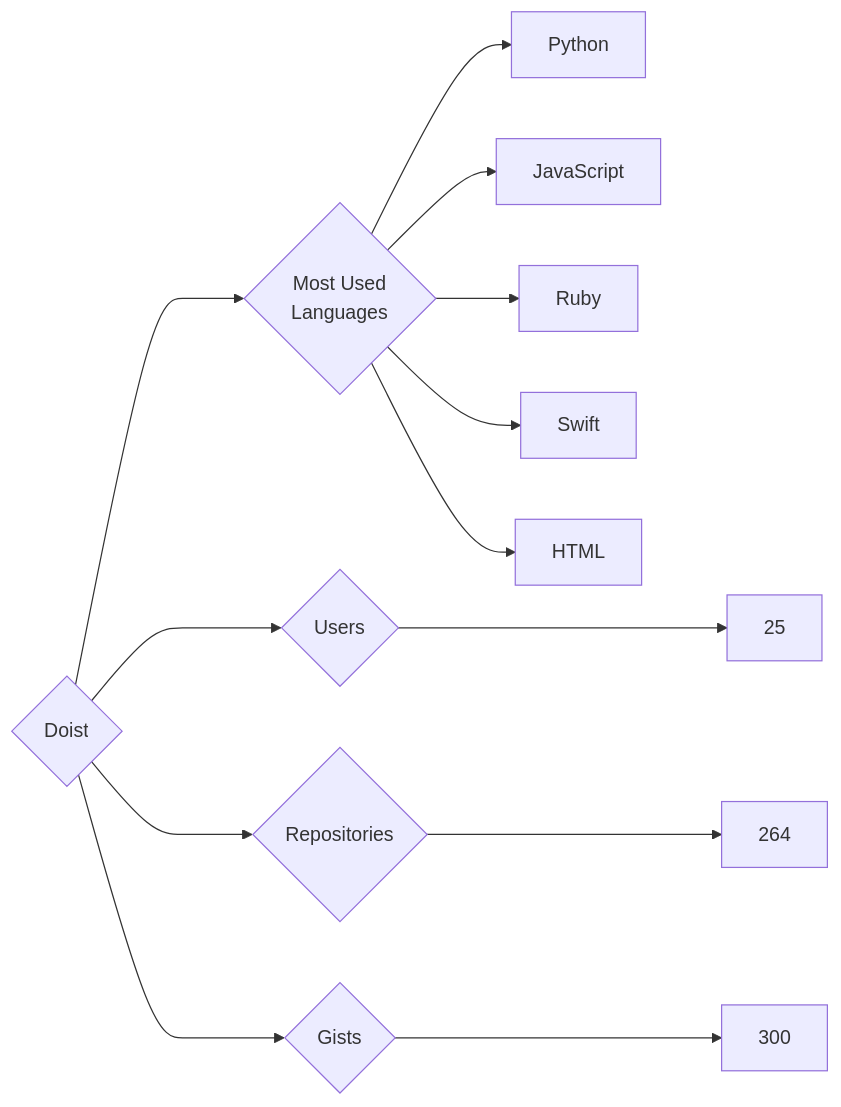
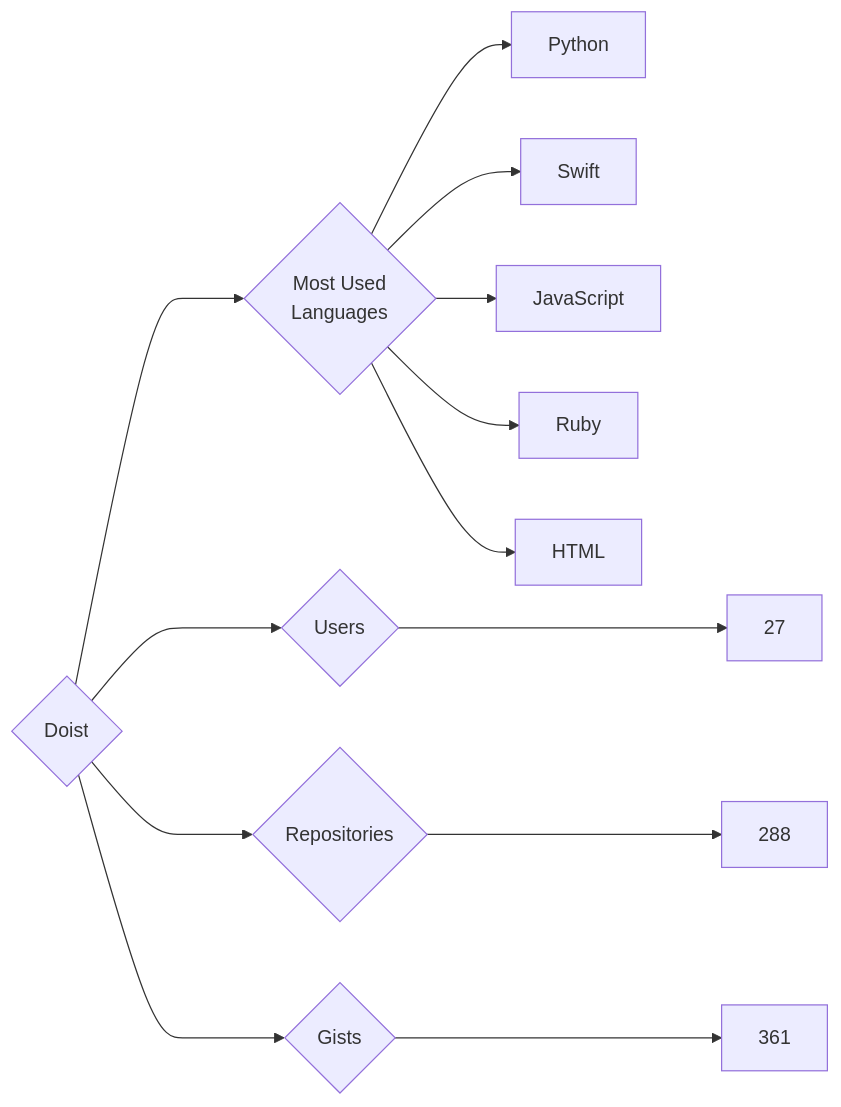
The diagram in targets/Doist/README.md (trickest/insiders), drawn with Mermaid before and after one commit. The commit also changed 676 other files, not shown here.

````diff
--- a/targets/Doist/README.md
+++ b/targets/Doist/README.md
@@ -3,13 +3,13 @@
 ```mermaid
 graph LR
 COMPANY_NAME{Doist}
-COMPANY_NAME ---> U{Users} ---> UN[25]
-COMPANY_NAME ---> R{Repositories} ---> RN[264]
-COMPANY_NAME ---> G{Gists} ---> GN[300]
+COMPANY_NAME ---> U{Users} ---> UN[27]
+COMPANY_NAME ---> R{Repositories} ---> RN[288]
+COMPANY_NAME ---> G{Gists} ---> GN[361]
 COMPANY_NAME ---> ML{Most Used<br>Languages}
 ML --> Python[Python]
+ML --> Swift[Swift]
 ML --> JavaScript[JavaScript]
 ML --> Ruby[Ruby]
-ML --> Swift[Swift]
 ML --> HTML[HTML]
 ```
````
